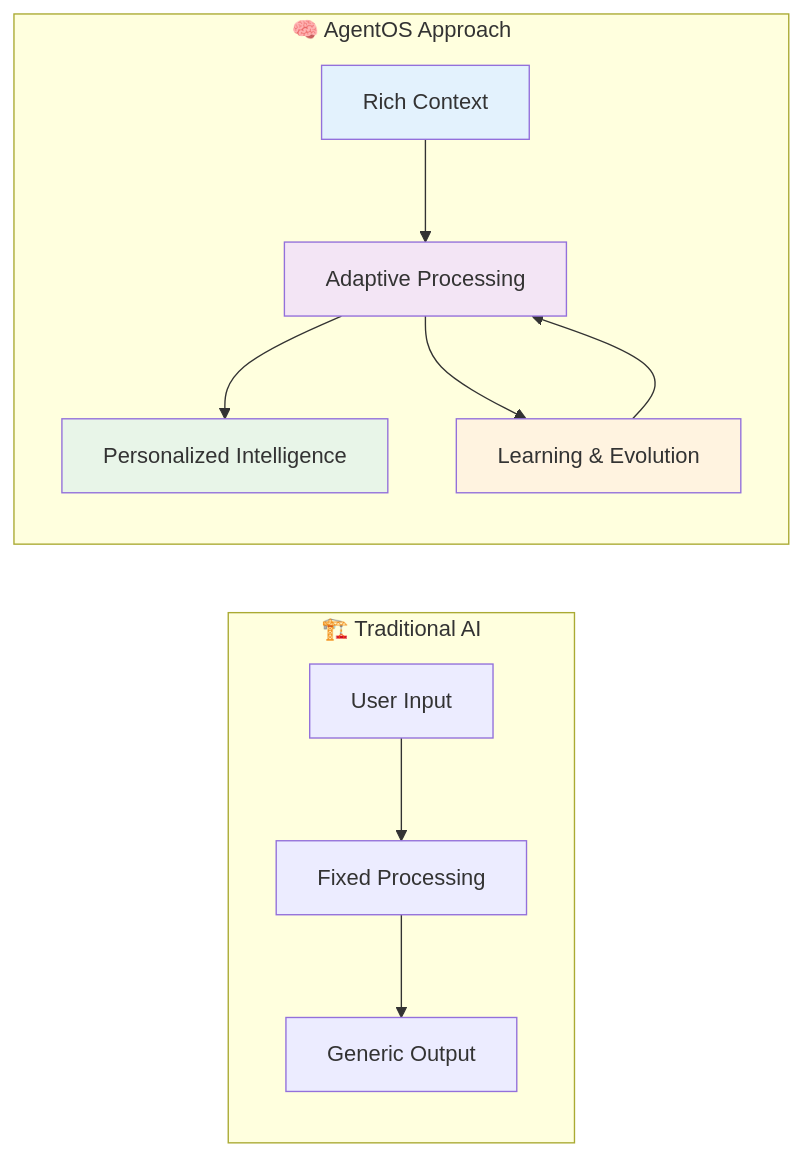
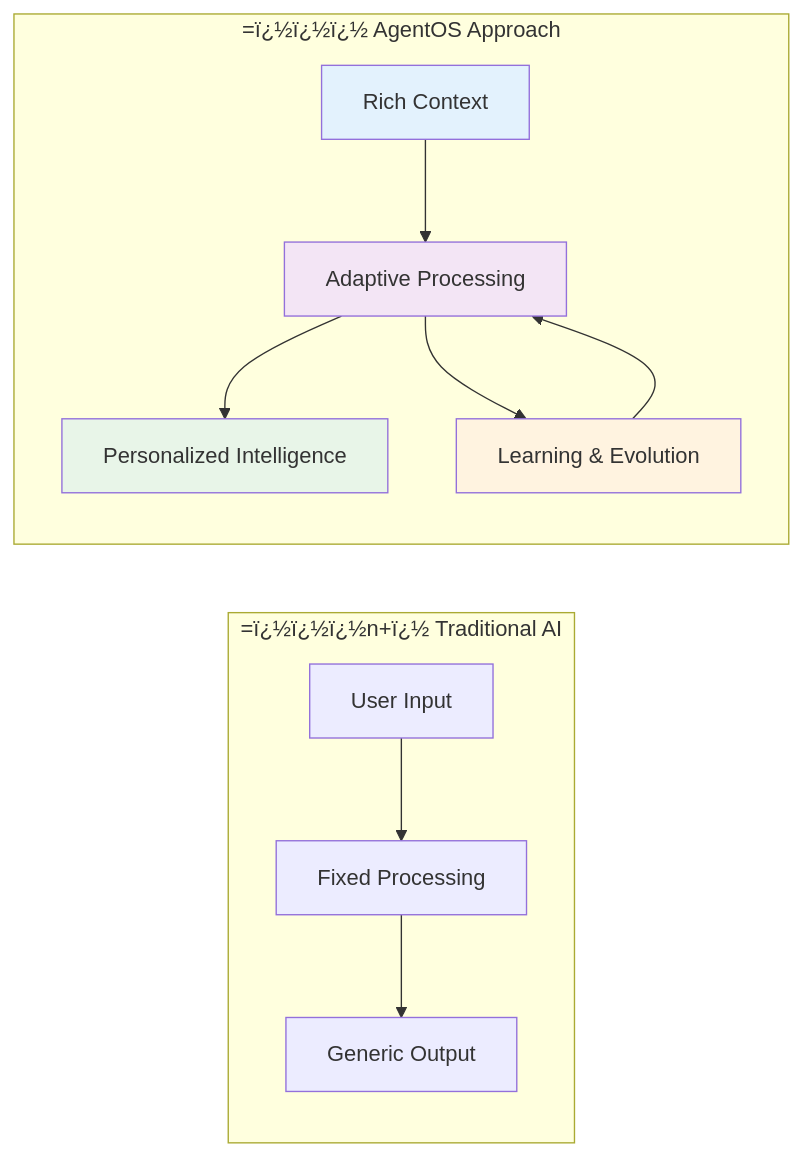
Before and after one commit to framersai/agentos-live-docs: the second of 15 diagrams in packages/agentos/docs/ARCHITECTURE.md, drawn with Mermaid. The commit also changed other lines of this file and 47 other files, not shown here.

````diff
--- a/packages/agentos/docs/ARCHITECTURE.md
+++ b/packages/agentos/docs/ARCHITECTURE.md
@@ -91,17 +99,17 @@
 ```mermaid
 graph LR
-    subgraph "🏗️ Traditional AI"
+    subgraph "=ï¿½ï¿½ï¿½n+ï¿½ Traditional AI"
         A1[User Input] --> B1[Fixed Processing] --> C1[Generic Output]
     end
     
-    subgraph "🧠 AgentOS Approach"
+    subgraph "=ï¿½ï¿½ï¿½ AgentOS Approach"
         A2[Rich Context] --> B2[Adaptive Processing] --> C2[Personalized Intelligence]
         B2 --> D2[Learning & Evolution]
         D2 --> B2
     end
     
     style A2 fill:#e3f2fd
     style B2 fill:#f3e5f5
     style C2 fill:#e8f5e8
     style D2 fill:#fff3e0
 ```
````
